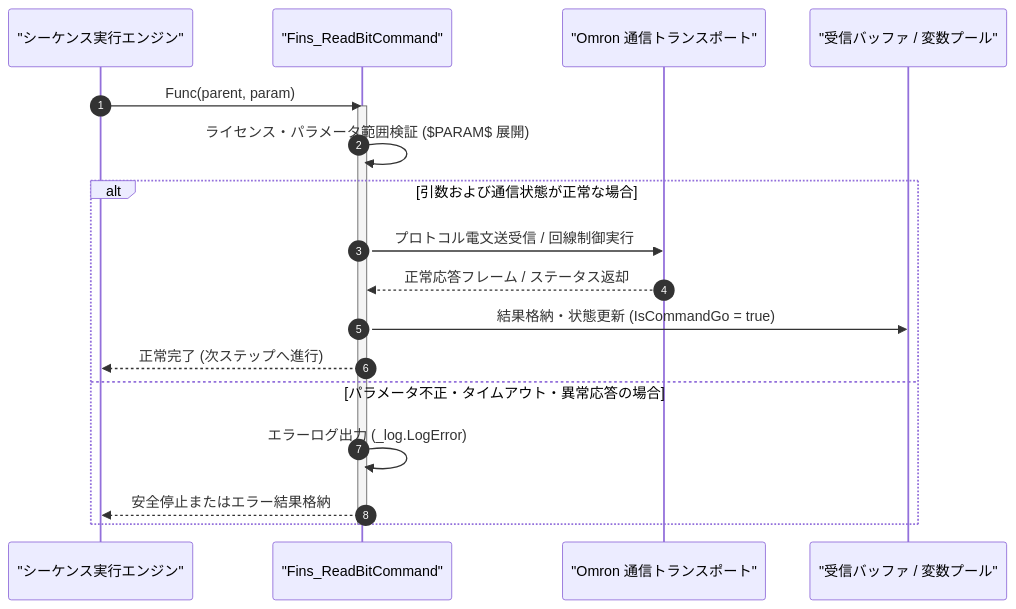
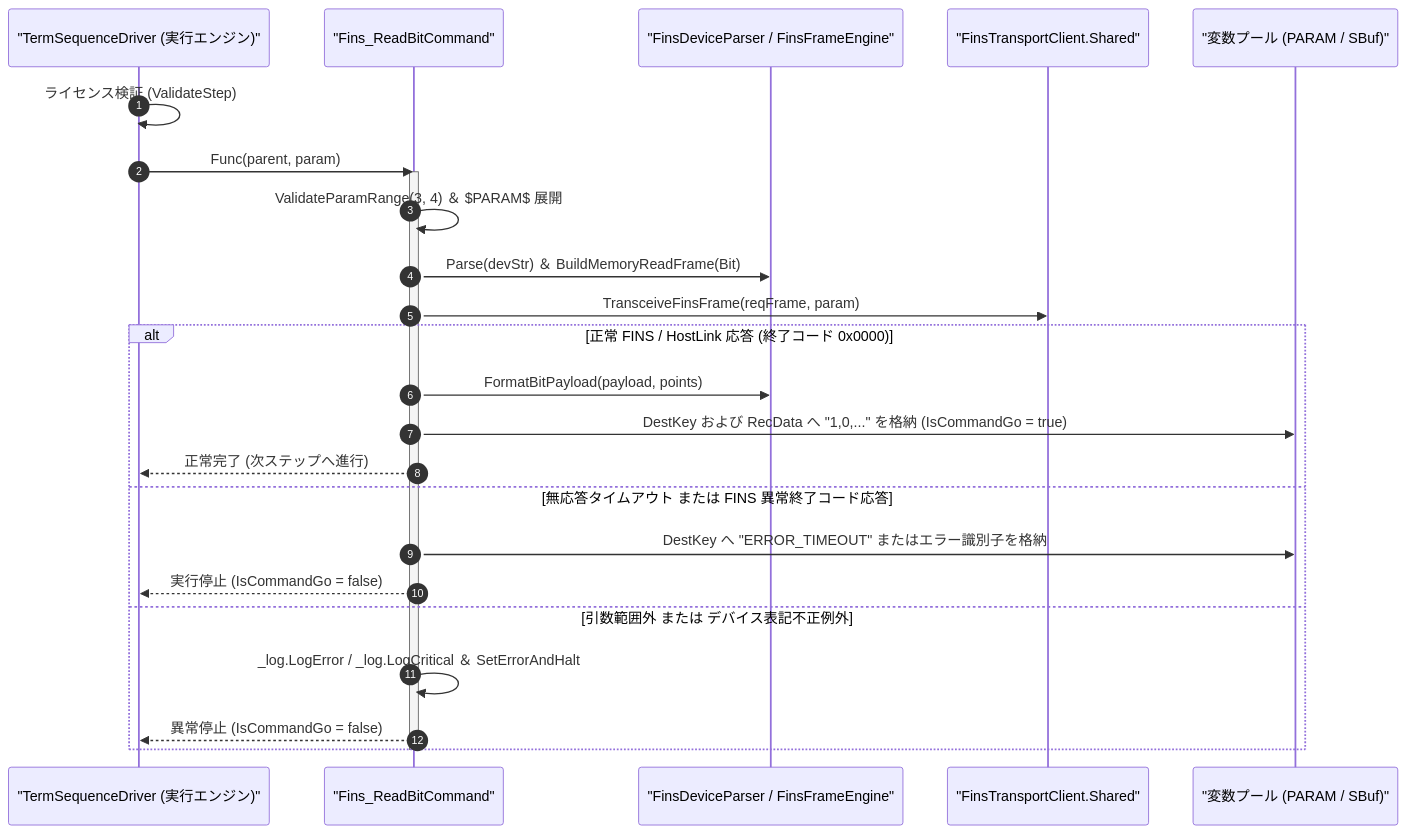
The diagram in Manual/Omron/Fins_ReadBit.Md (Monaca-App/TermAddIn), drawn with Mermaid before and after one commit. The commit also changed other lines of this file and 157 other files, not shown here.

````diff
--- a/Manual/Omron/Fins_ReadBit.Md
+++ b/Manual/Omron/Fins_ReadBit.Md
@@ -65,22 +71,28 @@
 ```mermaid
 sequenceDiagram
     autonumber
-    participant Script as "シーケンス実行エンジン"
+    participant Driver as "TermSequenceDriver (実行エンジン)"
     participant Cmd as "Fins_ReadBitCommand"
-    participant Trans as "Omron 通信トランスポート"
-    participant Buf as "受信バッファ / 変数プール"
+    participant Engine as "FinsDeviceParser / FinsFrameEngine"
+    participant Trans as "FinsTransportClient.Shared"
+    participant Buf as "変数プール (PARAM / SBuf)"
 
-    Script->>Cmd: Func(parent, param)
+    Driver->>Driver: ライセンス検証 (ValidateStep)
+    Driver->>Cmd: Func(parent, param)
     activate Cmd
-    Cmd->>Cmd: ライセンス・パラメータ範囲検証 ($PARAM$ 展開)
-    alt 引数および通信状態が正常な場合
-        Cmd->>Trans: プロトコル電文送受信 / 回線制御実行
-        Trans-->>Cmd: 正常応答フレーム / ステータス返却
-        Cmd->>Buf: 結果格納・状態更新 (IsCommandGo = true)
-        Cmd-->>Script: 正常完了 (次ステップへ進行)
-    else パラメータ不正・タイムアウト・異常応答の場合
-        Cmd->>Cmd: エラーログ出力 (_log.LogError)
-        Cmd-->>Script: 安全停止またはエラー結果格納
+    Cmd->>Cmd: ValidateParamRange(3, 4) ＆ $PARAM$ 展開
+    Cmd->>Engine: Parse(devStr) ＆ BuildMemoryReadFrame(Bit)
+    Cmd->>Trans: TransceiveFinsFrame(reqFrame, param)
+    alt 正常 FINS / HostLink 応答 (終了コード 0x0000)
+        Cmd->>Engine: FormatBitPayload(payload, points)
+        Cmd->>Buf: DestKey および RecData へ "1,0,..." を格納 (IsCommandGo = true)
+        Cmd-->>Driver: 正常完了 (次ステップへ進行)
+    else 無応答タイムアウト または FINS 異常終了コード応答
+        Cmd->>Buf: DestKey へ "ERROR_TIMEOUT" またはエラー識別子を格納
+        Cmd-->>Driver: 実行停止 (IsCommandGo = false)
+    else 引数範囲外 または デバイス表記不正例外
+        Cmd->>Cmd: _log.LogError / _log.LogCritical ＆ SetErrorAndHalt
+        Cmd-->>Driver: 異常停止 (IsCommandGo = false)
     end
     deactivate Cmd
 ```
````
